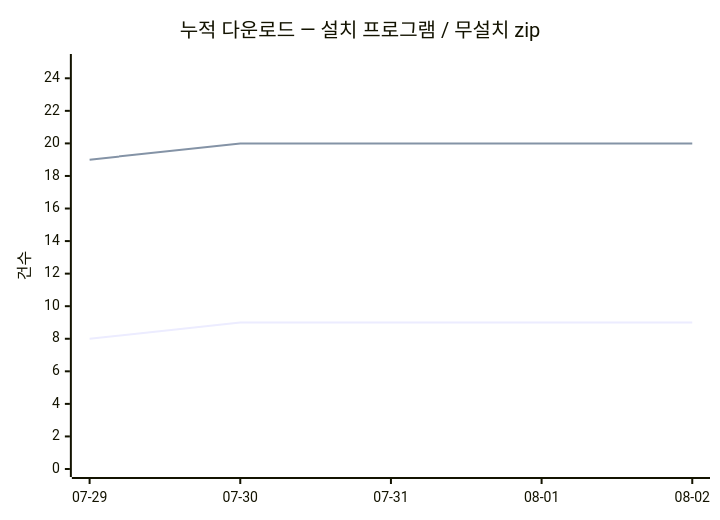
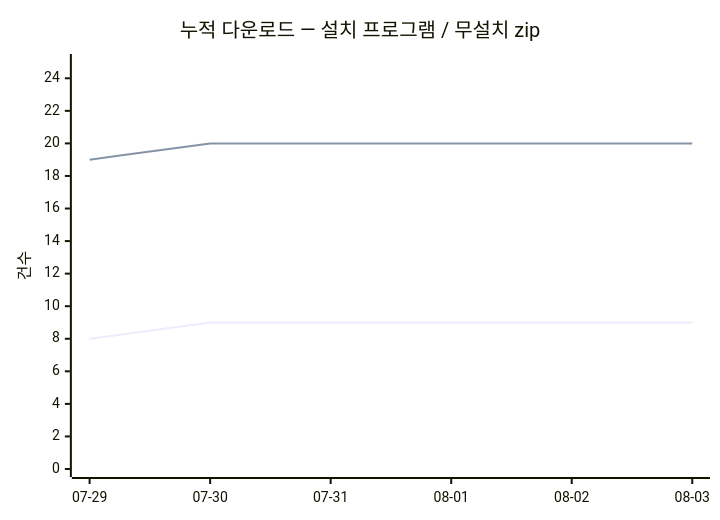
Before and after one commit to dodaseo/ibis-releases: the diagram in README.md, drawn with Mermaid. The commit also changed other lines of this file and 2 other files, not shown here.

Commit message:
chore(stats): 다운로드 스냅숏 2026-08-03

````diff
--- a/README.md
+++ b/README.md
@@ -132,8 +132,8 @@
 ```mermaid
 xychart-beta
     title "누적 다운로드 — 설치 프로그램 / 무설치 zip"
-    x-axis [07-29, 07-30, 07-31, 08-01, 08-02]
+    x-axis [07-29, 07-30, 07-31, 08-01, 08-02, 08-03]
     y-axis "건수" 0 --> 25
-    line [8, 9, 9, 9, 9]
-    line [19, 20, 20, 20, 20]
+    line [8, 9, 9, 9, 9, 9]
+    line [19, 20, 20, 20, 20, 20]
 ```
````
